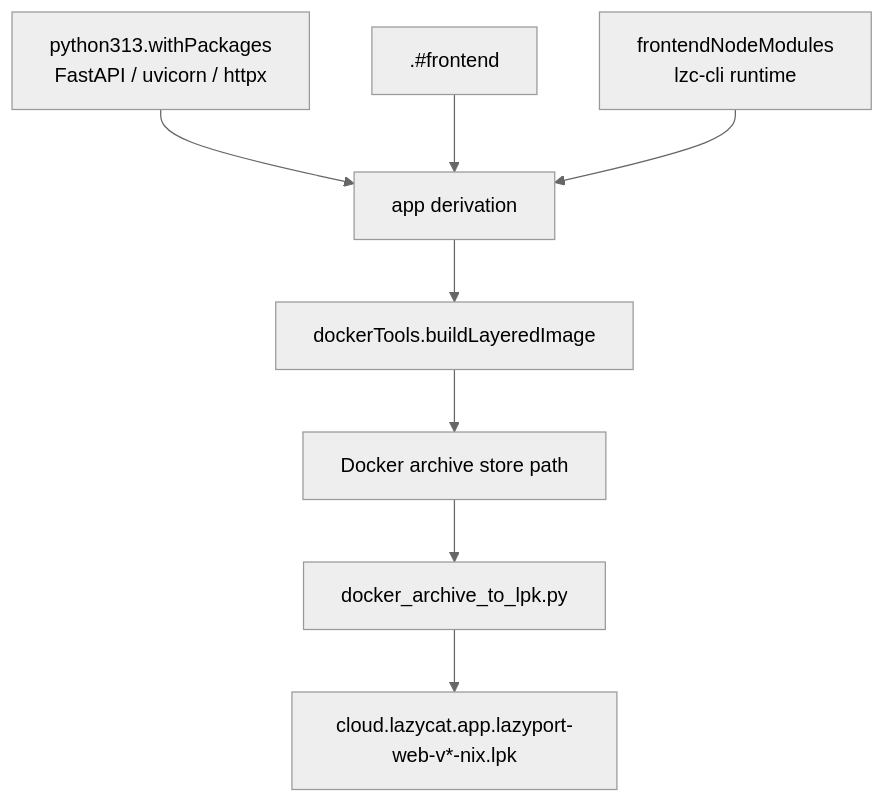
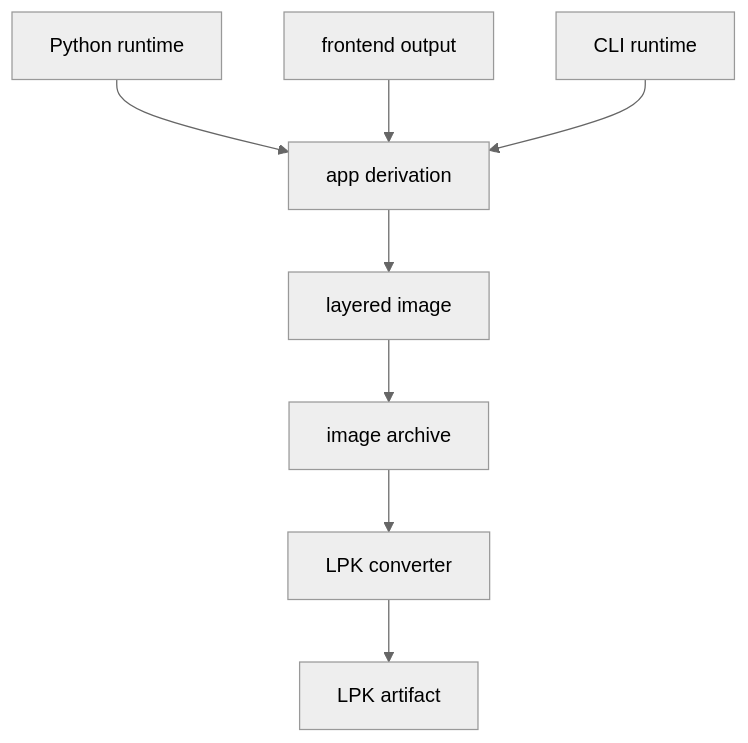
One commit to zerokaze420/zerokaze_blog_sveltekit changed the fourth of 8 diagrams in src/lib/posts/nix-remote-build.md. Above: the diagram before and after it, drawn with Mermaid (neutral theme). The commit also changed other lines of this file and 2 other files, not shown here.

Commit message:
Add post table of contents and fix Mermaid rendering

````diff
--- a/src/lib/posts/nix-remote-build.md
+++ b/src/lib/posts/nix-remote-build.md
@@ -134,10 +134,10 @@
 ```mermaid
 flowchart TD
-  python["python313.withPackages\nFastAPI / uvicorn / httpx"] --> app["app derivation"]
-  frontend[".#frontend"] --> app
-  cli["frontendNodeModules\nlzc-cli runtime"] --> app
-  app --> docker["dockerTools.buildLayeredImage"]
-  docker --> archive["Docker archive store path"]
-  archive --> convert["docker_archive_to_lpk.py"]
-  convert --> package["cloud.lazycat.app.lazyport-web-v*-nix.lpk"]
+  python["Python runtime"] --> app["app derivation"]
+  frontend["frontend output"] --> app
+  cli["CLI runtime"] --> app
+  app --> docker["layered image"]
+  docker --> archive["image archive"]
+  archive --> convert["LPK converter"]
+  convert --> package["LPK artifact"]
 ```
````
